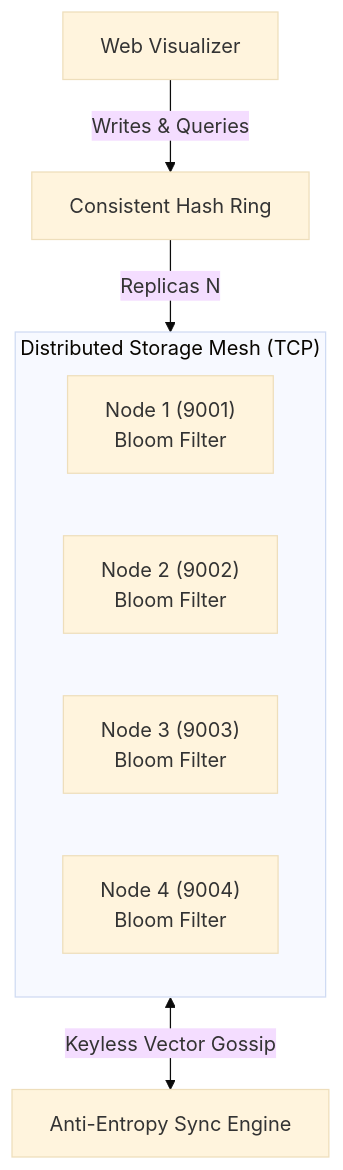
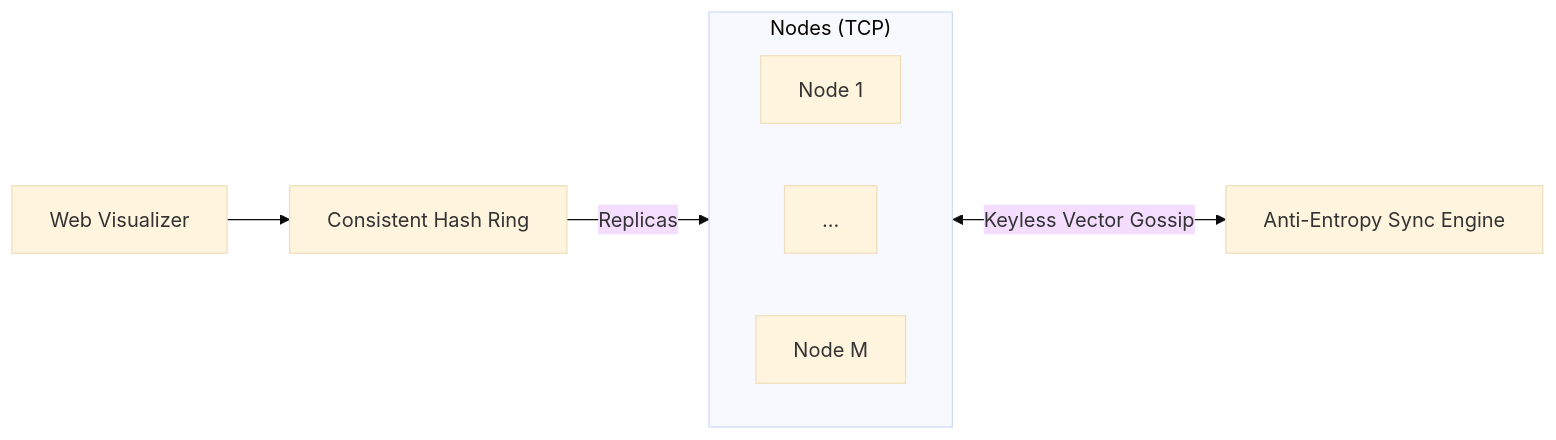
Before and after one commit to Armaan457/BloomMesh: the diagram in README.md, drawn with Mermaid (base theme).

Commit message:
smaller table

````diff
--- a/README.md
+++ b/README.md
@@ -21,17 +21,14 @@
 ```mermaid
-flowchart TD
-    Client["Web Visualizer"] -->|"Writes & Queries"| Ring["Consistent Hash Ring"]
+flowchart LR
+    Client["Web Visualizer"] --> Ring[" Consistent Hash Ring"]
+    Ring -->|"Replicas"| Cluster
 
-    subgraph Cluster["Distributed Storage Mesh (TCP)"]
+    subgraph Cluster["Nodes (TCP)"]
         direction LR
-        N1["Node 1 (9001)<br/>Bloom Filter"]
-        N2["Node 2 (9002)<br/>Bloom Filter"]
-        N3["Node 3 (9003)<br/>Bloom Filter"]
-        N4["Node 4 (9004)<br/>Bloom Filter"]
+        N1["Node 1"]
+        Dots["..."]
+        NM["Node M"]
     end
 
-    Ring -->|"Replicas N"| Cluster
-
-    Sync["Anti-Entropy Sync Engine"]
-    Cluster <-->|"Keyless Vector Gossip"| Sync
+    Cluster <-->|"Keyless Vector Gossip"| Sync["Anti-Entropy Sync Engine"]
 ```
````
